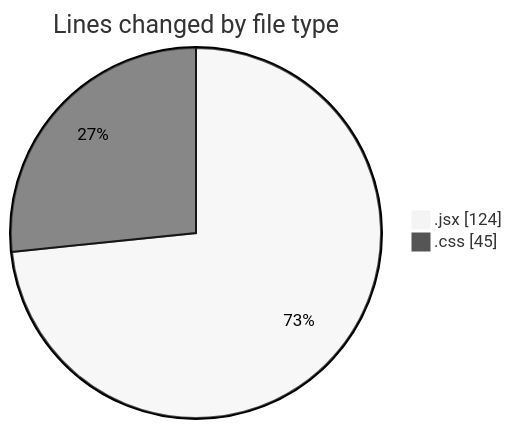
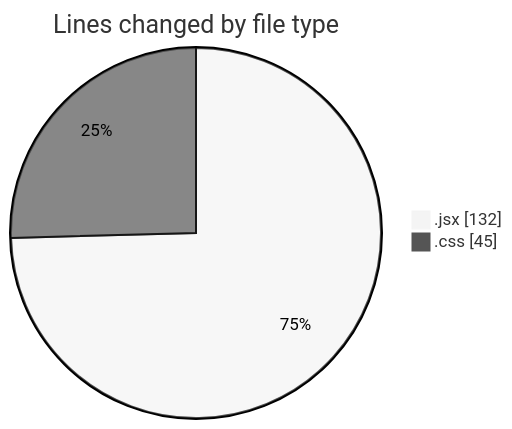
The first of 2 diagrams in 2025-02-06/react_ecom/README.md (Elitesun/code-tracking), drawn with Mermaid (neutral theme) before and after one commit. The commit also changed other lines of this file and 1 other file, not shown here.

````diff
--- a/2025-02-06/react_ecom/README.md
+++ b/2025-02-06/react_ecom/README.md
@@ -23,6 +23,6 @@
 ```mermaid
 pie showData
 title Lines changed by file type
-".jsx" : 124
+".jsx" : 132
 ".css" : 45
 ```
````
